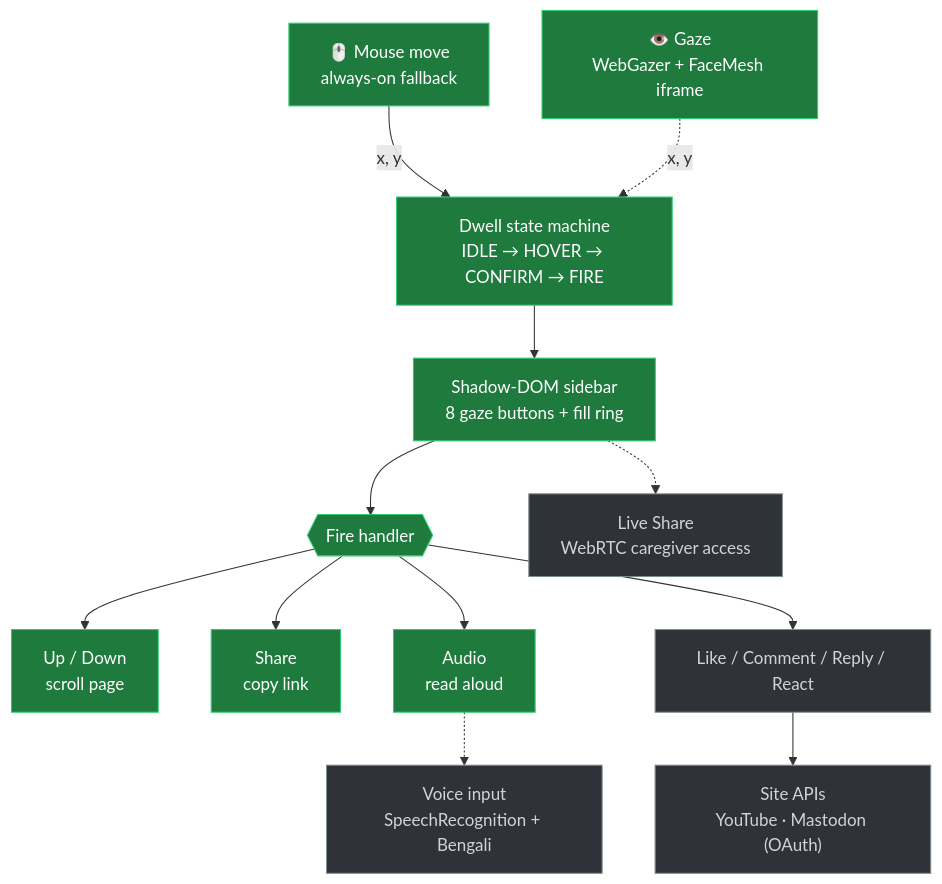
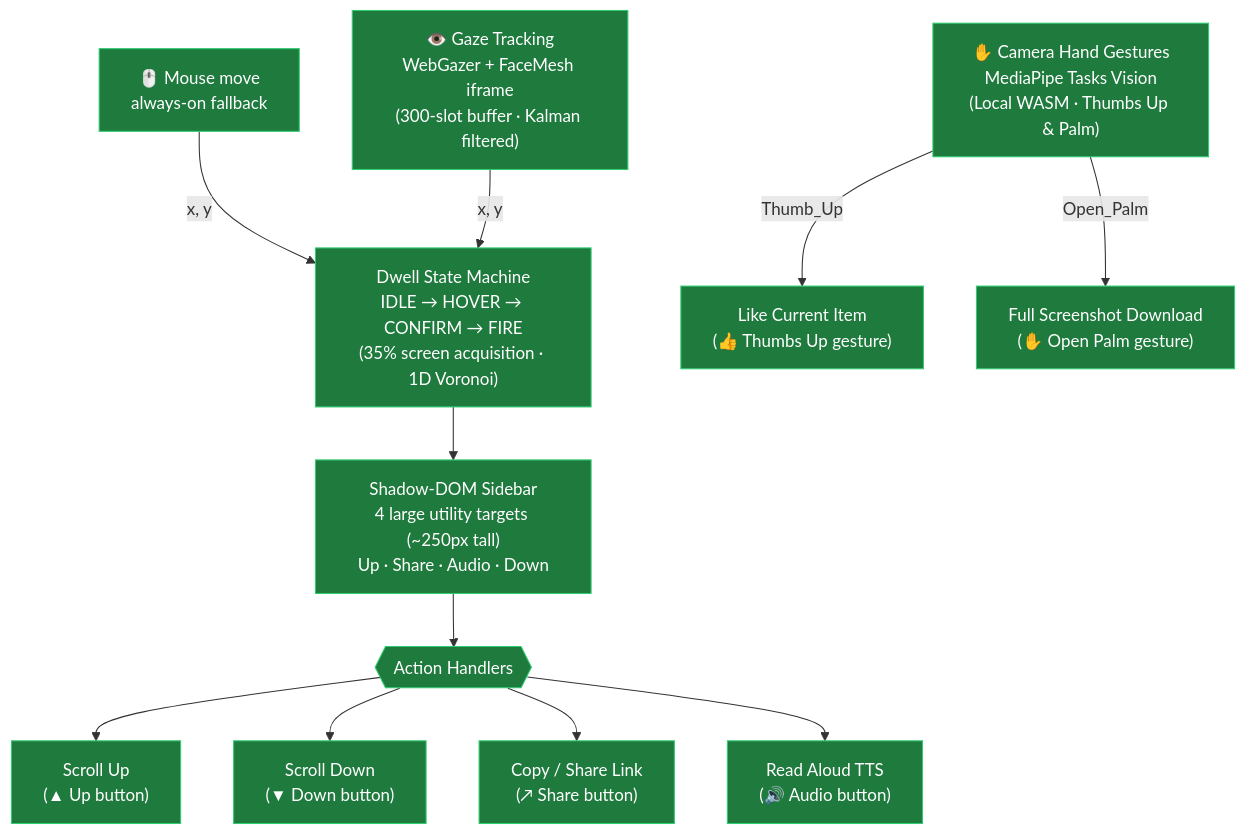
Before and after one commit to asirahnaf/Drishti_2.0: the diagram in README.md, drawn with Mermaid. The commit also changed other lines of this file and 17 other files, not shown here.

First line of the commit message:
feat(multimodal): add offline camera gestures, 4-button sidebar & precision gaze calibration

````diff
--- a/README.md
+++ b/README.md
@@ -16,33 +13,31 @@
 ```mermaid
 flowchart TD
     Mouse["🖱️ Mouse move<br/>always-on fallback"]
-    Gaze["👁️ Gaze<br/>WebGazer + FaceMesh iframe"]
-    Dwell["Dwell state machine<br/>IDLE → HOVER → CONFIRM → FIRE"]
-    Sidebar["Shadow-DOM sidebar<br/>8 gaze buttons + fill ring"]
-    Fire{{"Fire handler"}}
-    Scroll["Up / Down<br/>scroll page"]
-    Share["Share<br/>copy link"]
-    Read["Audio<br/>read aloud"]
-    Site["Like / Comment / Reply / React"]
-    API["Site APIs<br/>YouTube · Mastodon (OAuth)"]
-    Voice["Voice input<br/>SpeechRecognition + Bengali"]
-    LiveShare["Live Share<br/>WebRTC caregiver access"]
+    Gaze["👁️ Gaze Tracking<br/>WebGazer + FaceMesh iframe<br/>(300-slot buffer · Kalman filtered)"]
+    Gesture["✋ Camera Hand Gestures<br/>MediaPipe Tasks Vision<br/>(Local WASM · Thumbs Up & Palm)"]
+    Dwell["Dwell State Machine<br/>IDLE → HOVER → CONFIRM → FIRE<br/>(35% screen acquisition · 1D Voronoi)"]
+    Sidebar["Shadow-DOM Sidebar<br/>4 large utility targets (~250px tall)<br/>Up · Share · Audio · Down"]
+    Fire{{"Action Handlers"}}
+    ScrollUp["Scroll Up<br/>(▲ Up button)"]
+    ScrollDown["Scroll Down<br/>(▼ Down button)"]
+    Share["Copy / Share Link<br/>(↗ Share button)"]
+    Read["Read Aloud TTS<br/>(🔊 Audio button)"]
+    Like["Like Current Item<br/>(👍 Thumbs Up gesture)"]
+    Screenshot["Full Screenshot Download<br/>(✋ Open Palm gesture)"]
 
     Mouse -->|"x, y"| Dwell
-    Gaze -.->|"x, y"| Dwell
+    Gaze -->|"x, y"| Dwell
+    Gesture -->|"Thumb_Up"| Like
+    Gesture -->|"Open_Palm"| Screenshot
     Dwell --> Sidebar --> Fire
-    Fire --> Scroll
+    Fire --> ScrollUp
+    Fire --> ScrollDown
     Fire --> Share
     Fire --> Read
-    Fire --> Site
-    Site --> API
-    Read -.-> Voice
-    Sidebar -.-> LiveShare
 
     classDef done fill:#1f7a3d,stroke:#2ecc71,color:#ffffff;
     classDef wip  fill:#8a6d00,stroke:#f1c40f,color:#ffffff;
     classDef todo fill:#2f3339,stroke:#7f8c8d,color:#d0d4d8;
 
-    class Mouse,Gaze,Dwell,Sidebar,Fire,Scroll,Share,Read done;
-    class Site,API,Voice,LiveShare todo;
+    class Mouse,Gaze,Gesture,Dwell,Sidebar,Fire,ScrollUp,ScrollDown,Share,Read,Like,Screenshot done;
 ```
````
